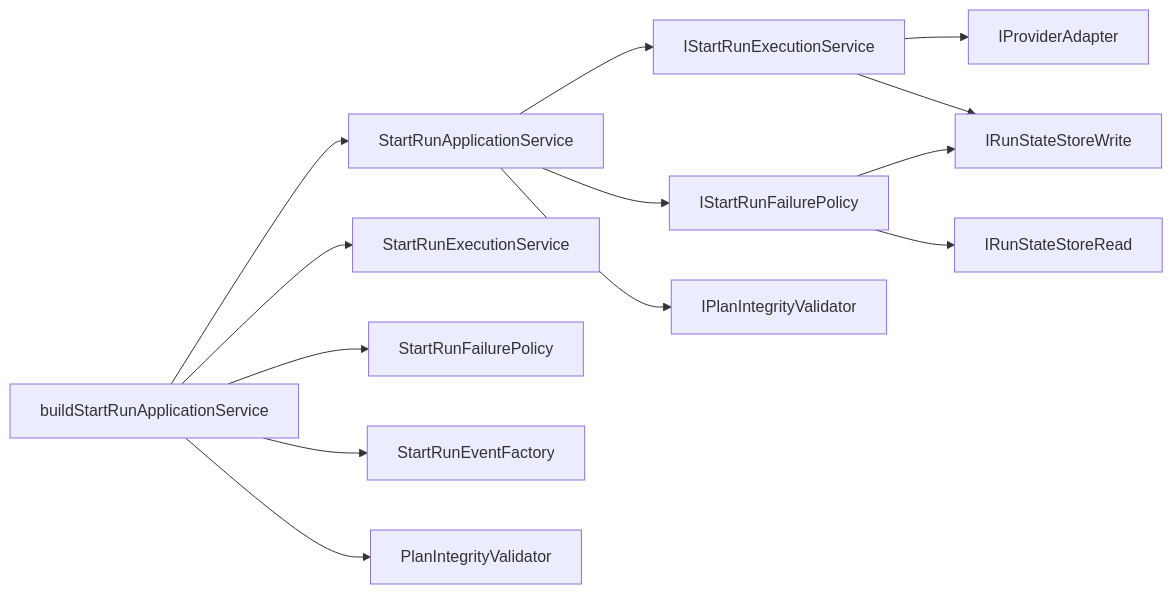
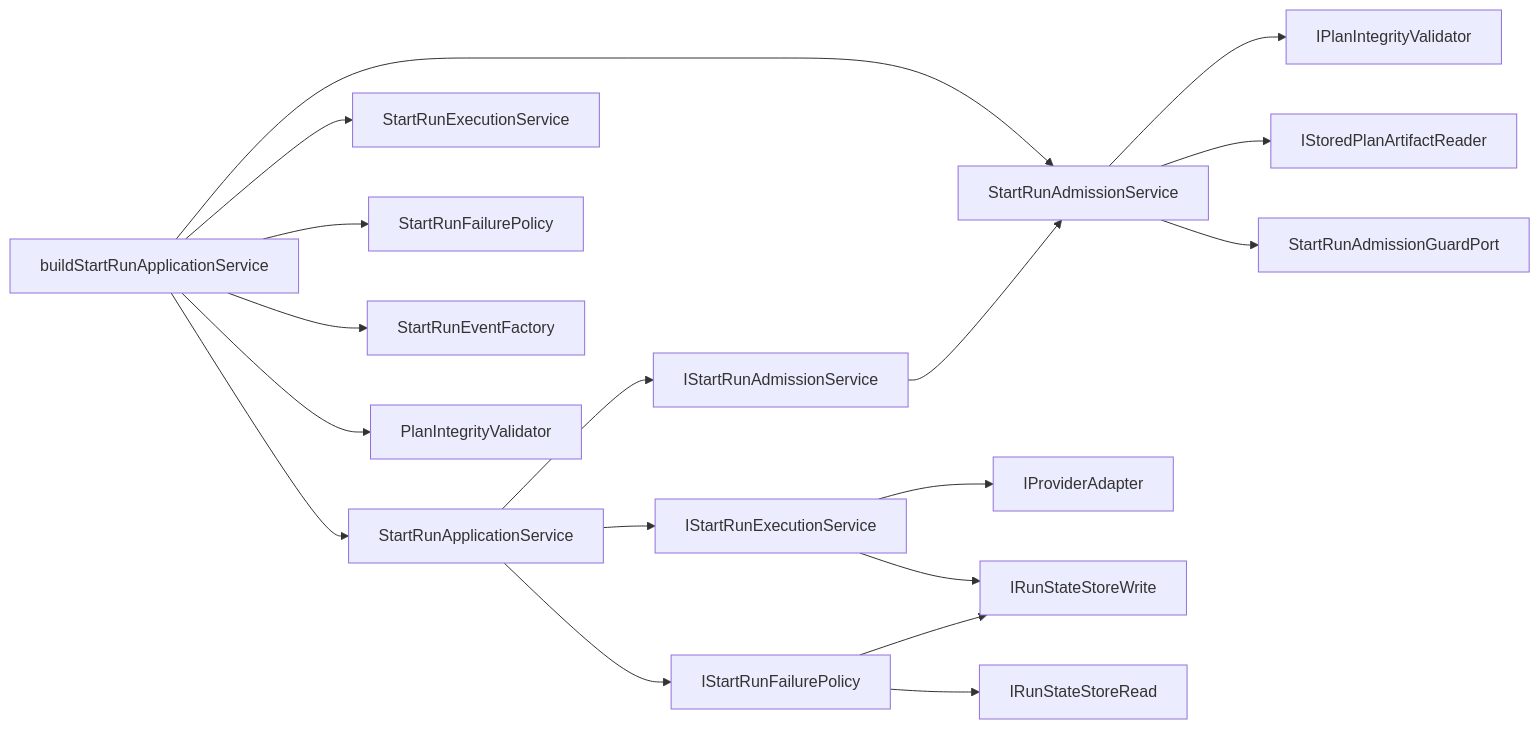
One commit to dunay2/dvt changed the diagram in docs/architecture/components/engine/architecture/workflow-engine-start-run-decomposition-component.md. Above: the diagram before and after it, drawn with Mermaid. The commit also changed other lines of this file and 15 other files, not shown here.

Commit message:
refactor(engine): Inject start-run admission seam

````diff
--- a/docs/architecture/components/engine/architecture/workflow-engine-start-run-decomposition-component.md
+++ b/docs/architecture/components/engine/architecture/workflow-engine-start-run-decomposition-component.md
@@ -61,15 +68,20 @@
 ```mermaid
 flowchart LR
   Builder["buildStartRunApplicationService"] --> App["StartRunApplicationService"]
+  Builder --> Admission["StartRunAdmissionService"]
   Builder --> Exec["StartRunExecutionService"]
   Builder --> Fail["StartRunFailurePolicy"]
   Builder --> Events["StartRunEventFactory"]
   Builder --> Integrity["PlanIntegrityValidator"]
+  App --> AdmissionPort["IStartRunAdmissionService"]
   App --> ExecPort["IStartRunExecutionService"]
   App --> FailPort["IStartRunFailurePolicy"]
-  App --> IntegrityPort["IPlanIntegrityValidator"]
+  AdmissionPort --> Admission
+  Admission --> IntegrityPort["IPlanIntegrityValidator"]
+  Admission --> PlanReader["IStoredPlanArtifactReader"]
+  Admission --> Guard["StartRunAdmissionGuardPort"]
   ExecPort --> Adapter["IProviderAdapter"]
   ExecPort --> StateWrite["IRunStateStoreWrite"]
   FailPort --> StateRead["IRunStateStoreRead"]
   FailPort --> StateWrite
 ```
````
